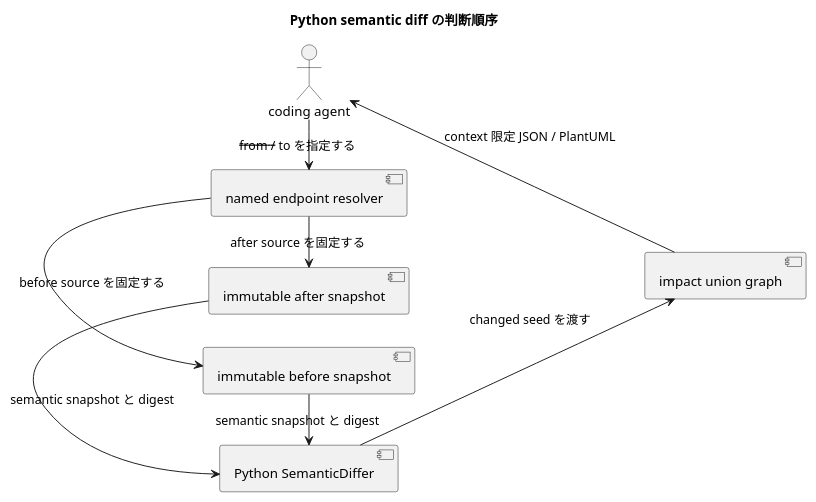
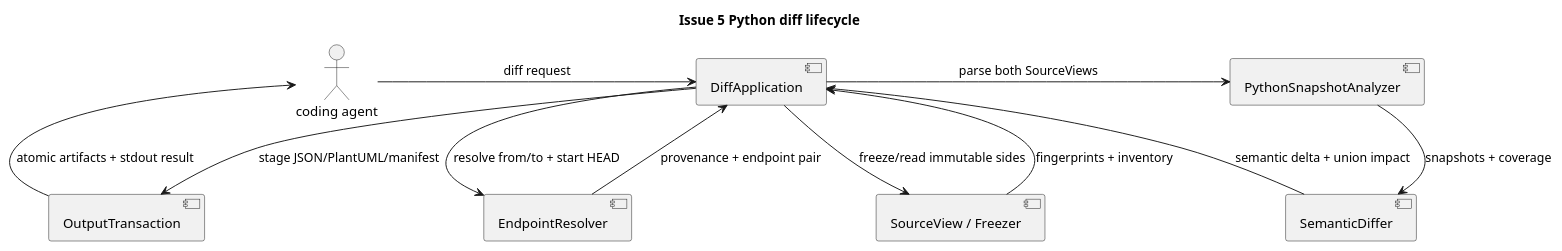
One commit to chemitaro/code-structure-viz changed the diagram in spec-dock/initiatives/init-00001-code-structure-visualization/epics/epic-00002-safe-git-structure-comparison/issues/iss-00005-compare-python-structure-changes-safely/design.md. Above: the diagram before and after it, drawn with PlantUML. The commit also changed other lines of this file and 33 other files, not shown here.

Commit message:
feat: Python構造差分の安全な取得と公開を実装 - immutable source、FileChangeSet、semantic diff、影響範囲、move matchingを追加 - endpoint解決、working-tree freeze、変更パス・entity budget、cancellationを実装 - diff用のCLI・schema・契約ドキュメント・テストを更新

````diff
--- a/spec-dock/initiatives/init-00001-code-structure-visualization/epics/epic-00002-safe-git-structure-comparison/issues/iss-00005-compare-python-structure-changes-safely/design.md
+++ b/spec-dock/initiatives/init-00001-code-structure-visualization/epics/epic-00002-safe-git-structure-comparison/issues/iss-00005-compare-python-structure-changes-safely/design.md
@@ -234,19 +169,22 @@
 ```plantuml
 @startuml
-title Python semantic diff の判断順序
-left to right direction
+title Issue 5 Python diff lifecycle
 actor "coding agent" as Agent
-component "named endpoint resolver" as Endpoint
-component "immutable before snapshot" as Before
-component "immutable after snapshot" as After
-component "Python SemanticDiffer" as Differ
-component "impact union graph" as Impact
-Agent -> Endpoint : --from / --to を指定する
-Endpoint -> Before : before source を固定する
-Endpoint -> After : after source を固定する
-Before -> Differ : semantic snapshot と digest
-After -> Differ : semantic snapshot と digest
-Differ -> Impact : changed seed を渡す
-Impact --> Agent : context 限定 JSON / PlantUML
+component "DiffApplication" as App
+component "EndpointResolver" as Endpoints
+component "SourceView / Freezer" as Sources
+component "PythonSnapshotAnalyzer" as Analyzer
+component "SemanticDiffer" as Differ
+component "OutputTransaction" as Output
+Agent -> App : diff request
+App -> Endpoints : resolve from/to + start HEAD
+Endpoints --> App : provenance + endpoint pair
+App -> Sources : freeze/read immutable sides
+Sources --> App : fingerprints + inventory
+App -> Analyzer : parse both SourceViews
+Analyzer --> Differ : snapshots + coverage
+Differ --> App : semantic delta + union impact
+App -> Output : stage JSON/PlantUML/manifest
+Output --> Agent : atomic artifacts + stdout result
 @enduml
 ```
````
